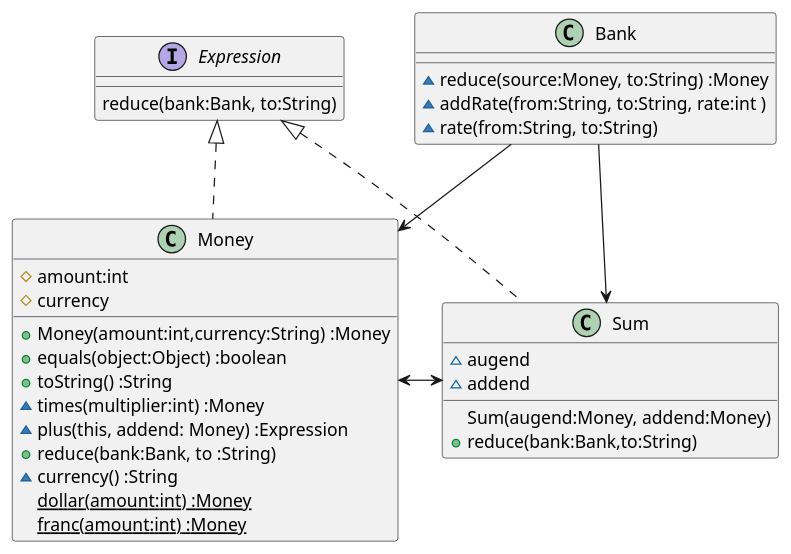
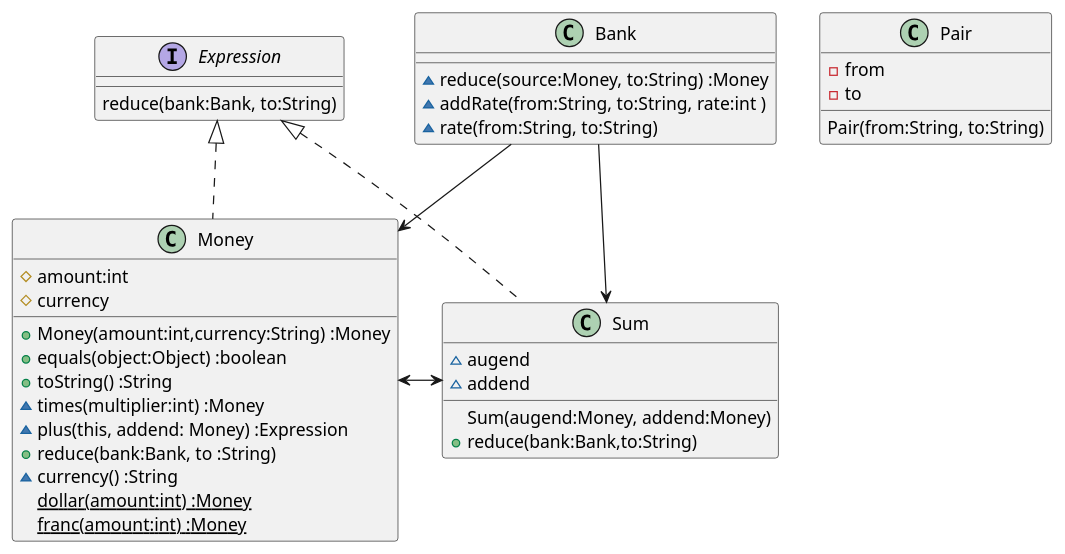
Before and after one commit to k2works/etude_for_java: the first of 2 diagrams in docs/src/TDD.md, drawn with PlantUML. The commit also changed other lines of this file and 5 other files, not shown here.

````diff
--- a/docs/src/TDD.md
+++ b/docs/src/TDD.md
@@ -51,34 +51,39 @@
 ```puml
 interface Expression {
   reduce(bank:Bank, to:String)
 }
 class Money {
   #amount:int
   #currency  
   +Money(amount:int,currency:String) :Money
   +equals(object:Object) :boolean  
   +toString() :String
   ~times(multiplier:int) :Money
   ~plus(this, addend: Money) :Expression
   +reduce(bank:Bank, to :String)      
   ~currency() :String
   {static} dollar(amount:int) :Money
   {static} franc(amount:int) :Money  
 }
 class Bank {
   ~reduce(source:Money, to:String) :Money
   ~addRate(from:String, to:String, rate:int )
   ~rate(from:String, to:String)
 }
 class Sum {
   ~augend
   ~addend
   Sum(augend:Money, addend:Money)
   +reduce(bank:Bank,to:String)
 }
+class Pair {
+  -from
+  -to
+  Pair(from:String, to:String)
+}
 Expression <|.. Money
 Expression <|.. Sum
 Money <-> Sum
 Bank --> Sum
 Bank --> Money
 ```
````
